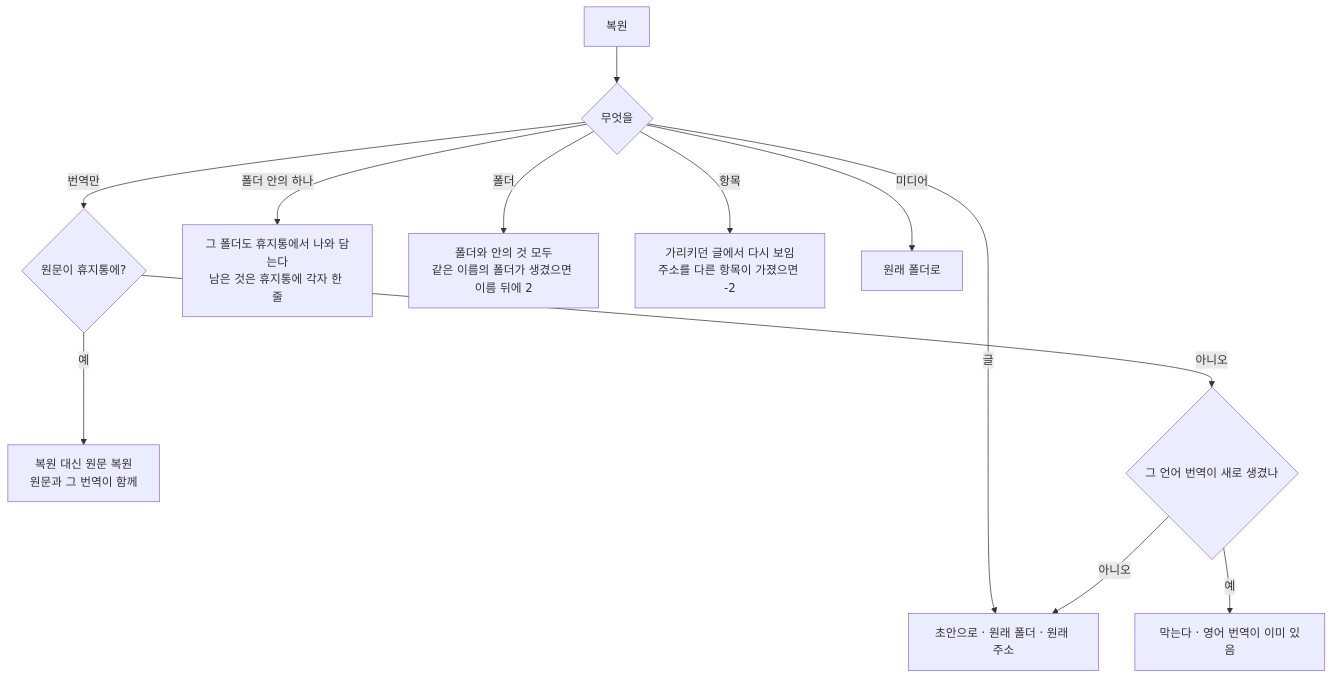
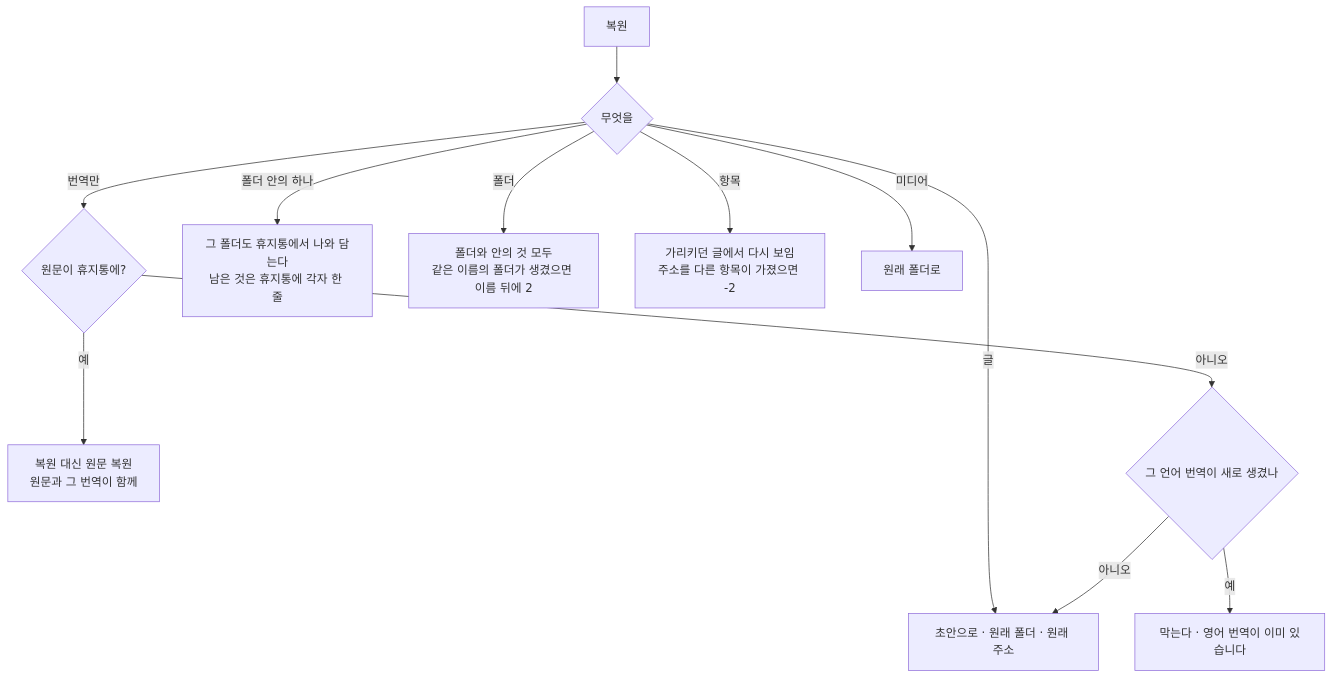
One commit to monti-cms/monti changed the second of 2 diagrams in docs/design/features/11-trash.md. Above: the diagram before and after it, drawn with Mermaid. The commit also changed other lines of this file and 23 other files, not shown here.

````diff
--- a/docs/design/features/11-trash.md
+++ b/docs/design/features/11-trash.md
@@ -74,14 +74,14 @@
 ```mermaid
 flowchart TD
   R["복원"] --> K{"무엇을"}
   K -->|글| D["초안으로 · 원래 폴더 · 원래 주소"]
   K -->|번역만| S{"원문이 휴지통에?"}
   S -->|예| SR["복원 대신 원문 복원<br/>원문과 그 번역이 함께"]
   S -->|아니오| T{"그 언어 번역이 새로 생겼나"}
-  T -->|예| X["막는다 · 영어 번역이 이미 있음"]
+  T -->|예| X["막는다 · 영어 번역이 이미 있습니다"]
   T -->|아니오| D
   K -->|폴더 안의 하나| F["그 폴더도 휴지통에서 나와 담는다<br/>남은 것은 휴지통에 각자 한 줄"]
   K -->|폴더| FA["폴더와 안의 것 모두<br/>같은 이름의 폴더가 생겼으면 이름 뒤에 2"]
   K -->|항목| I["가리키던 글에서 다시 보임<br/>주소를 다른 항목이 가졌으면 -2"]
   K -->|미디어| M["원래 폴더로"]
 ```
````
